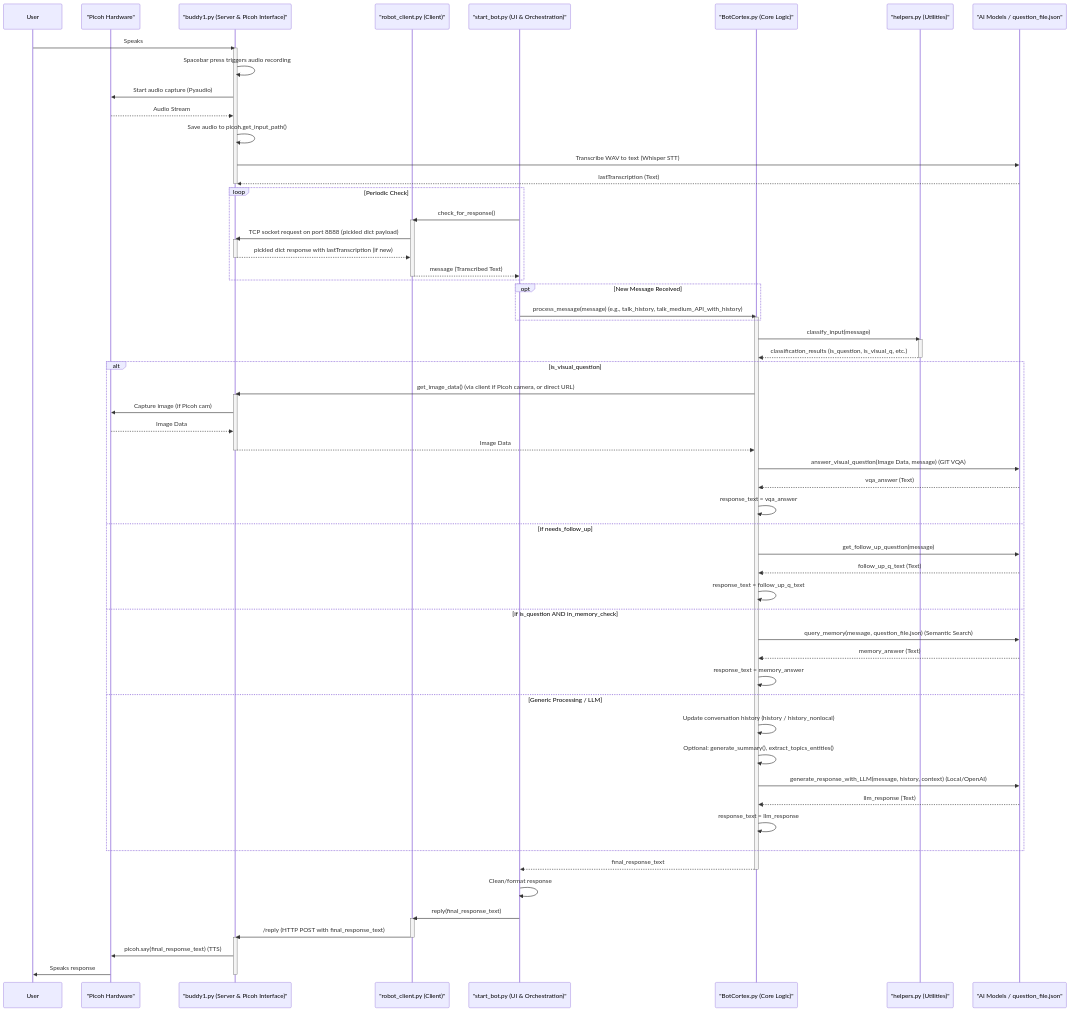
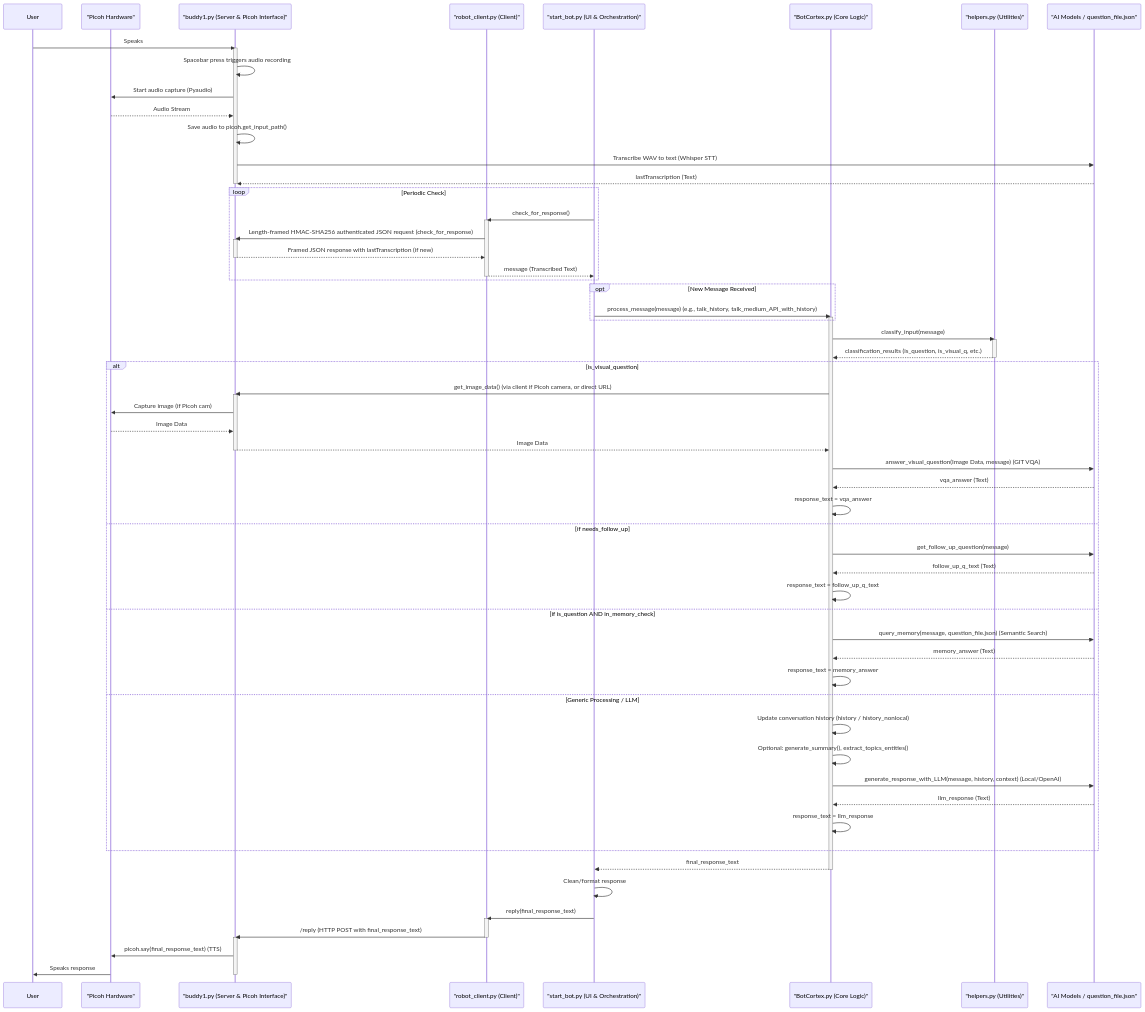
One commit to dhar174/DeskBuddy changed the second of 4 diagrams in SYSTEM_ANALYSIS.md. Above: the diagram before and after it, drawn with Mermaid. The commit also changed other lines of this file and 28 other files, not shown here.

```diff
--- a/SYSTEM_ANALYSIS.md
+++ b/SYSTEM_ANALYSIS.md
@@ -87,10 +87,11 @@
     loop Periodic Check
         start_bot->>client: check_for_response()
         activate client
-        client->>buddy1: TCP socket request on port 8888 (pickled dict payload)
+        client->>buddy1: Length-framed HMAC-SHA256 authenticated JSON request (check_for_response)
         activate buddy1
-        buddy1-->>client: pickled dict response with lastTranscription (if new)
+        buddy1-->>client: Framed JSON response with lastTranscription (if new)
         deactivate buddy1
+
         client-->>start_bot: message (Transcribed Text)
         deactivate client
     end
```
